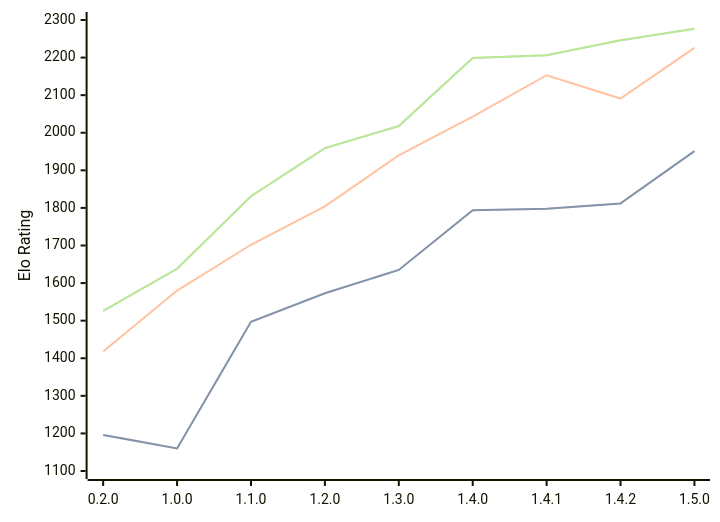
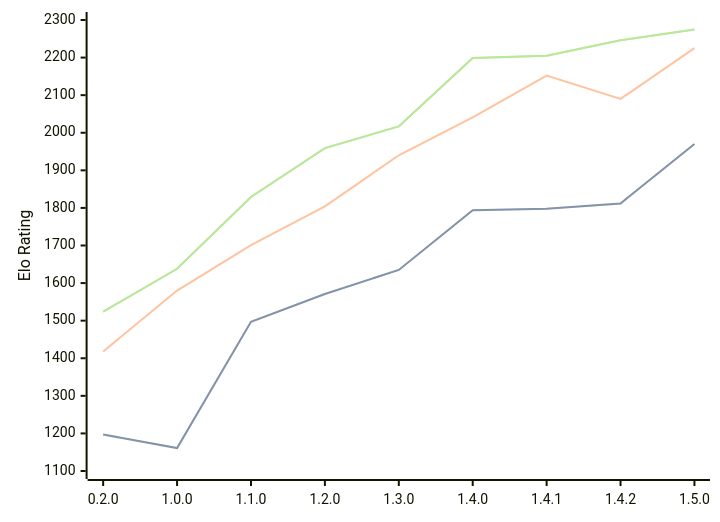
Before and after one commit to computer-chess-index/cci: the diagram in engines/Zeppelin.md, drawn with Mermaid. The commit also changed other lines of this file, not shown here.

Commit message:
Update CCI Ratings (ELO VLTC) - 2026-03-30

````diff
--- a/engines/Zeppelin.md
+++ b/engines/Zeppelin.md
@@ -41,11 +41,11 @@
 ```mermaid
 %%{init: {"theme":"base","themeVariables":{"seriesColors:['#a3a3a3','#222221','#faa371']}}}%%
 xychart-beta
   x-axis ["0.2.0", "1.0.0", "1.1.0", "1.2.0", "1.3.0", "1.4.0", "1.4.1", "1.4.2", "1.5.0"]
   y-axis "Elo Rating" 1100 --> 2300
-  line "STC (8.0+0.08s)" [1196, 1160, 1497, 1573, 1635, 1794, 1798, 1812, 1951]
-  line "STC (8.0+0.08s)" [1196, 1160, 1497, 1573, 1635, 1794, 1798, 1812, 1951]
-  line "LTC (60.0+0.60s)" [1418, 1580, 1702, 1804, 1940, 2043, 2153, 2091, 2226]
-  line "VLTC (2m24s+1.12s)" [1526, 1638, 1831, 1959, 2018, 2199, 2206, 2246, 2277]
-  line "VLTC (2m24s+1.12s)" [1526, 1638, 1831, 1959, 2018, 2199, 2206, 2246, 2277]
+  line "STC (8.0+0.08s)" [1197, 1161, 1497, 1571, 1635, 1794, 1798, 1812, 1970]
+  line "STC (8.0+0.08s)" [1197, 1161, 1497, 1571, 1635, 1794, 1798, 1812, 1970]
+  line "LTC (60.0+0.60s)" [1418, 1580, 1701, 1804, 1940, 2041, 2152, 2090, 2225]
+  line "VLTC (2m24s+1.12s)" [1524, 1638, 1829, 1959, 2017, 2199, 2205, 2246, 2275]
+  line "VLTC (2m24s+1.12s)" [1524, 1638, 1829, 1959, 2017, 2199, 2205, 2246, 2275]
 ```
````
